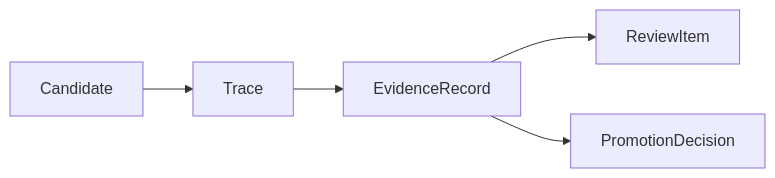
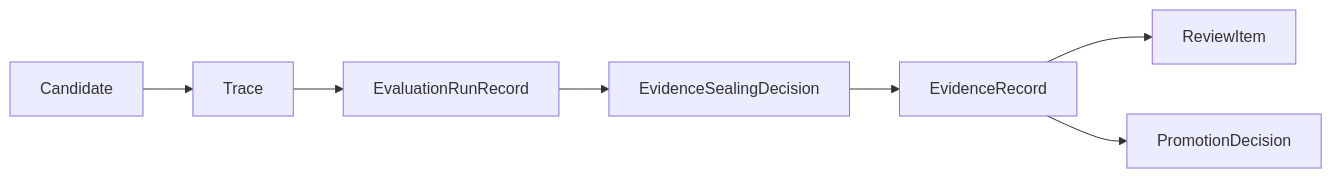
One commit to openboa-ai/ouroboros changed the diagram in wiki/architecture/specs/10-evidence-record-contract.md. Above: the diagram before and after it, drawn with Mermaid. The commit also changed other lines of this file and 306 other files, not shown here.

````diff
--- a/wiki/architecture/specs/10-evidence-record-contract.md
+++ b/wiki/architecture/specs/10-evidence-record-contract.md
@@ -54,7 +56,9 @@
 ```mermaid
 flowchart LR
     A["Candidate"] --> B["Trace"]
-    B --> C["EvidenceRecord"]
+    B --> R["EvaluationRunRecord"]
+    R --> S["EvidenceSealingDecision"]
+    S --> C["EvidenceRecord"]
     C --> D["ReviewItem"]
     C --> E["PromotionDecision"]
 ```
````
